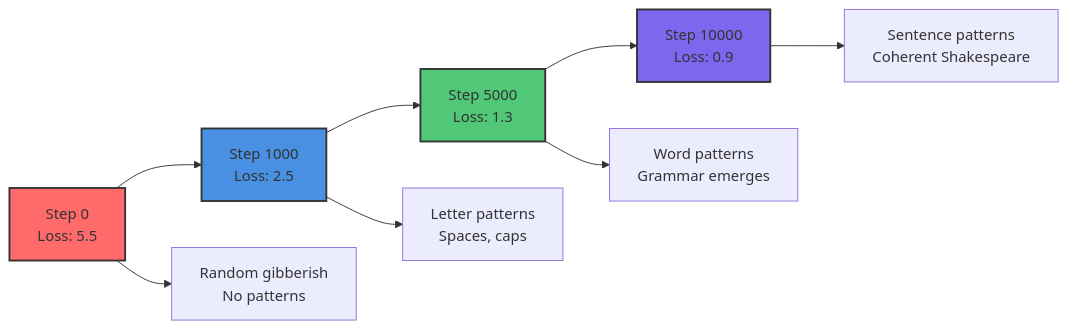
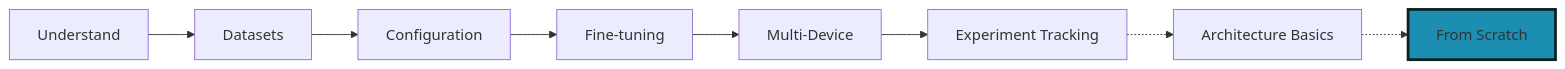
Before and after one commit to tenstorrent/tt-vscode-toolkit: the diagram in content/lessons/ct8-training-from-scratch.md, drawn with Mermaid. The commit also changed other lines of this file and 39 other files, not shown here.

````diff
--- a/content/lessons/ct8-training-from-scratch.md
+++ b/content/lessons/ct8-training-from-scratch.md
@@ -629,16 +53,12 @@
 ```mermaid
 graph LR
-    A[Step 0<br/>Loss: 5.5] --> B[Step 1000<br/>Loss: 2.5]
-    B --> C[Step 5000<br/>Loss: 1.3]
-    C --> D[Step 10000<br/>Loss: 0.9]
+    A[Understand] --> B[Datasets]
+    B --> C[Configuration]
+    C --> D[Fine-tuning]
+    D --> E[Multi-Device]
+    E --> F[Experiment Tracking]
+    F -.-> G[Architecture Basics]
+    G -.-> H[From Scratch]
 
-    A --> E[Random gibberish<br/>No patterns]
-    B --> F[Letter patterns<br/>Spaces, caps]
-    C --> G[Word patterns<br/>Grammar emerges]
-    D --> H[Sentence patterns<br/>Coherent Shakespeare]
-
-    style A fill:#FF6B6B,stroke:#333,stroke-width:2px
-    style B fill:#4A90E2,stroke:#333,stroke-width:2px
-    style C fill:#50C878,stroke:#333,stroke-width:2px
-    style D fill:#7B68EE,stroke:#333,stroke-width:2px
+    style H fill:#1B8EB1,stroke:#092221,stroke-width:3px
 ```
````
